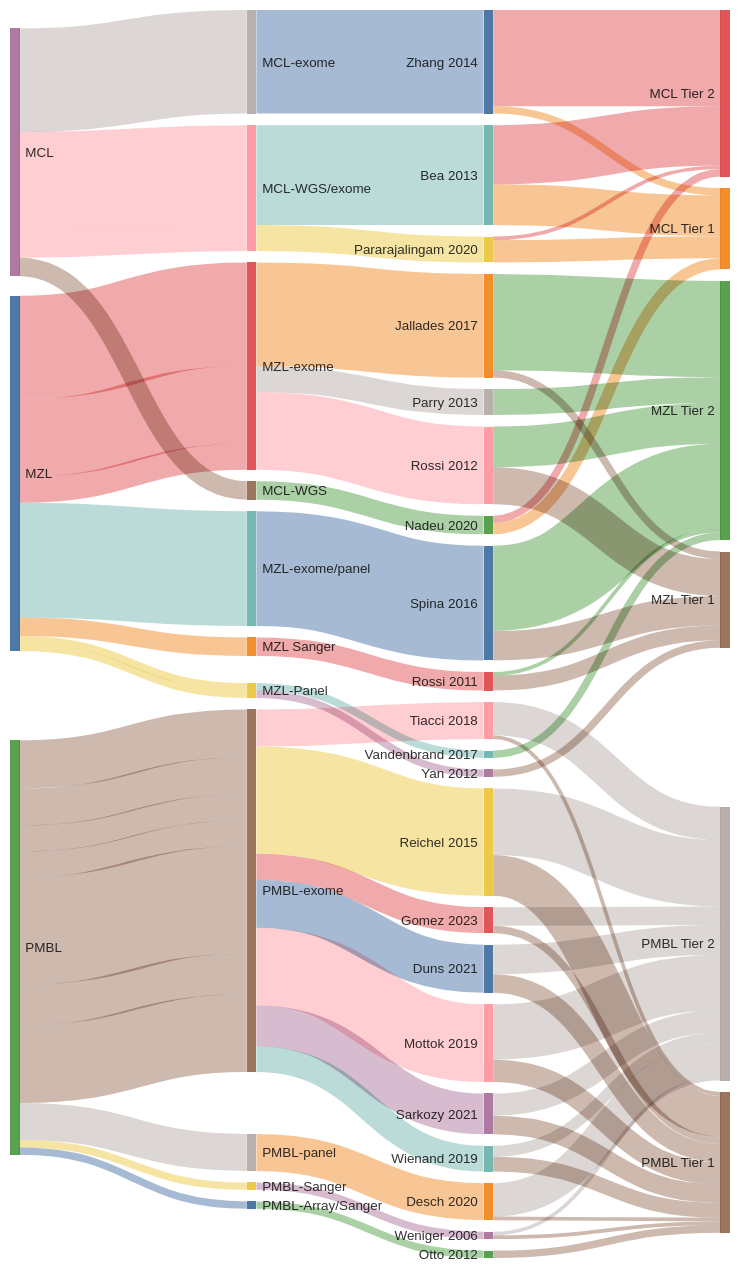
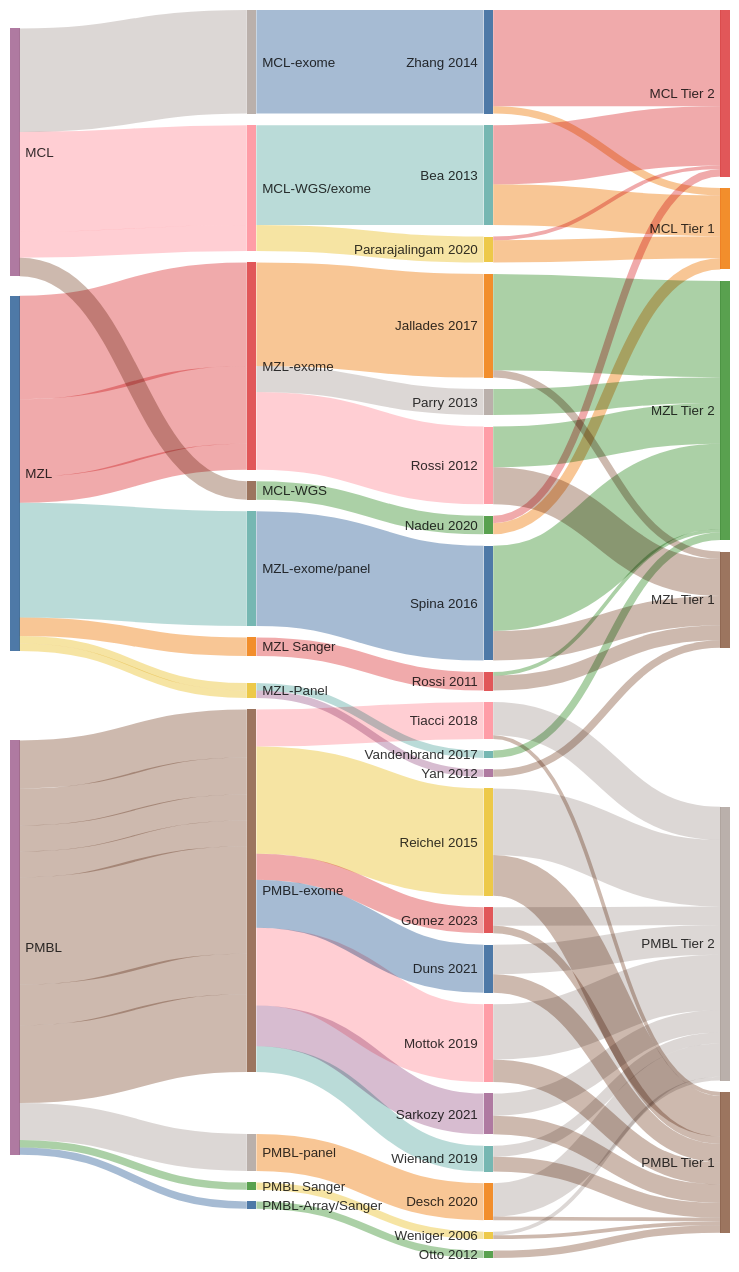
Before and after one commit to morinlab/lymphopedia: the second of 2 diagrams in Home.md, drawn with Mermaid.

````diff
--- a/Home.md
+++ b/Home.md
@@ -203,8 +203,8 @@
 MZL-exome, Rossi 2012, 21
 MZL, MZL-exome, 7
 MZL-exome, Parry 2013, 7
-PMBL, PMBL-Sanger, 2
-PMBL-Sanger, Weniger 2006, 2
+PMBL Sanger, Weniger 2006, 2
+PMBL, PMBL Sanger, 2
 Tiacci 2018, PMBL Tier 1, 1
 Tiacci 2018, PMBL Tier 2, 9
 Duns 2021, PMBL Tier 1, 5
@@ -225,23 +225,24 @@
 Mottok 2019, PMBL Tier 1, 6
 Mottok 2019, PMBL Tier 2, 15
 PMBL, PMBL-exome, 13
-PMBL-exome, Duns 2021, 13
+
 PMBL, PMBL-exome, 10
-PMBL-exome, Tiacci 2018, 10
+
 PMBL, PMBL-panel, 10
-PMBL-panel, Desch 2020, 10
 PMBL, PMBL-exome, 7
+PMBL, PMBL-exome, 7
+PMBL, PMBL-exome, 29
+PMBL, PMBL-exome, 11
+PMBL, PMBL-exome, 21
 PMBL-exome, Gomez 2023, 7
-
-PMBL, PMBL-exome, 7
 PMBL-exome, Wienand 2019, 7
-PMBL, PMBL-exome, 29
 PMBL-exome, Reichel 2015, 29
 PMBL, PMBL-Array/Sanger, 2
 PMBL-Array/Sanger, Otto 2012, 2
-PMBL, PMBL-exome, 11
 PMBL-exome, Sarkozy 2021, 11
-PMBL, PMBL-exome, 21
+
 PMBL-exome, Mottok 2019, 21
-
+PMBL-exome, Tiacci 2018, 10
+PMBL-exome, Duns 2021, 13
+PMBL-panel, Desch 2020, 10
 ```
````
